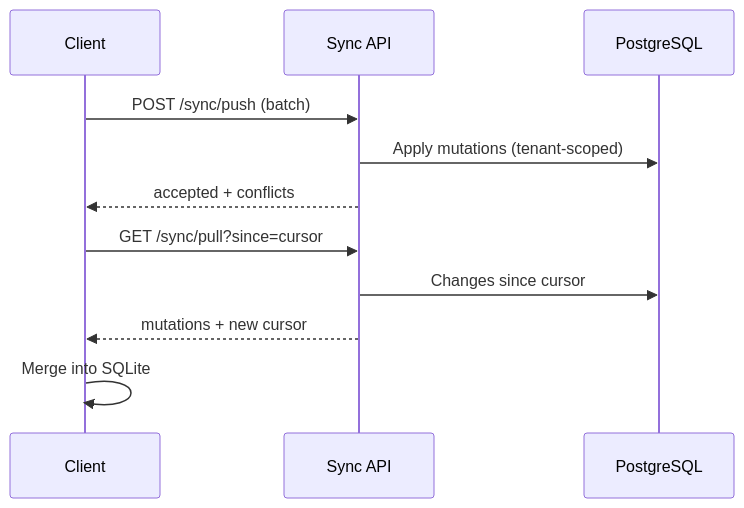
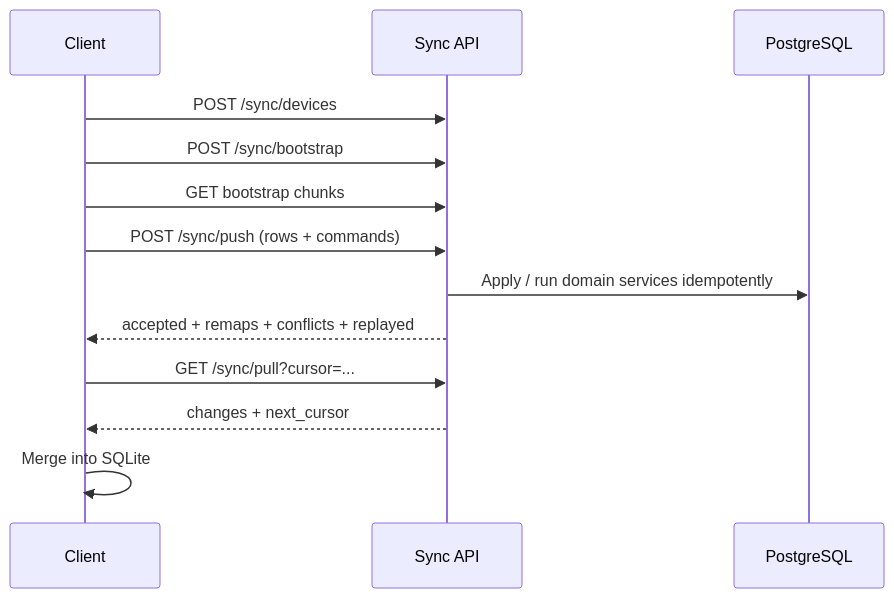
The sixth of 6 diagrams in docs/05-api.md (DevInDayslab/billing-baba), drawn with Mermaid before and after one commit. The commit also changed other lines of this file and 116 other files, not shown here.

````diff
--- a/docs/05-api.md
+++ b/docs/05-api.md
@@ -848,15 +804,16 @@
 ```mermaid
 sequenceDiagram
     participant C as Client
     participant A as Sync API
     participant P as PostgreSQL
 
-    C->>A: POST /sync/push (batch)
-    A->>P: Apply mutations (tenant-scoped)
-    A-->>C: accepted + conflicts
-
-    C->>A: GET /sync/pull?since=cursor
-    A->>P: Changes since cursor
-    A-->>C: mutations + new cursor
+    C->>A: POST /sync/devices
+    C->>A: POST /sync/bootstrap
+    C->>A: GET bootstrap chunks
+    C->>A: POST /sync/push (rows + commands)
+    A->>P: Apply / run domain services idempotently
+    A-->>C: accepted + remaps + conflicts + replayed
+    C->>A: GET /sync/pull?cursor=...
+    A-->>C: changes + next_cursor
     C->>C: Merge into SQLite
 ```
````
